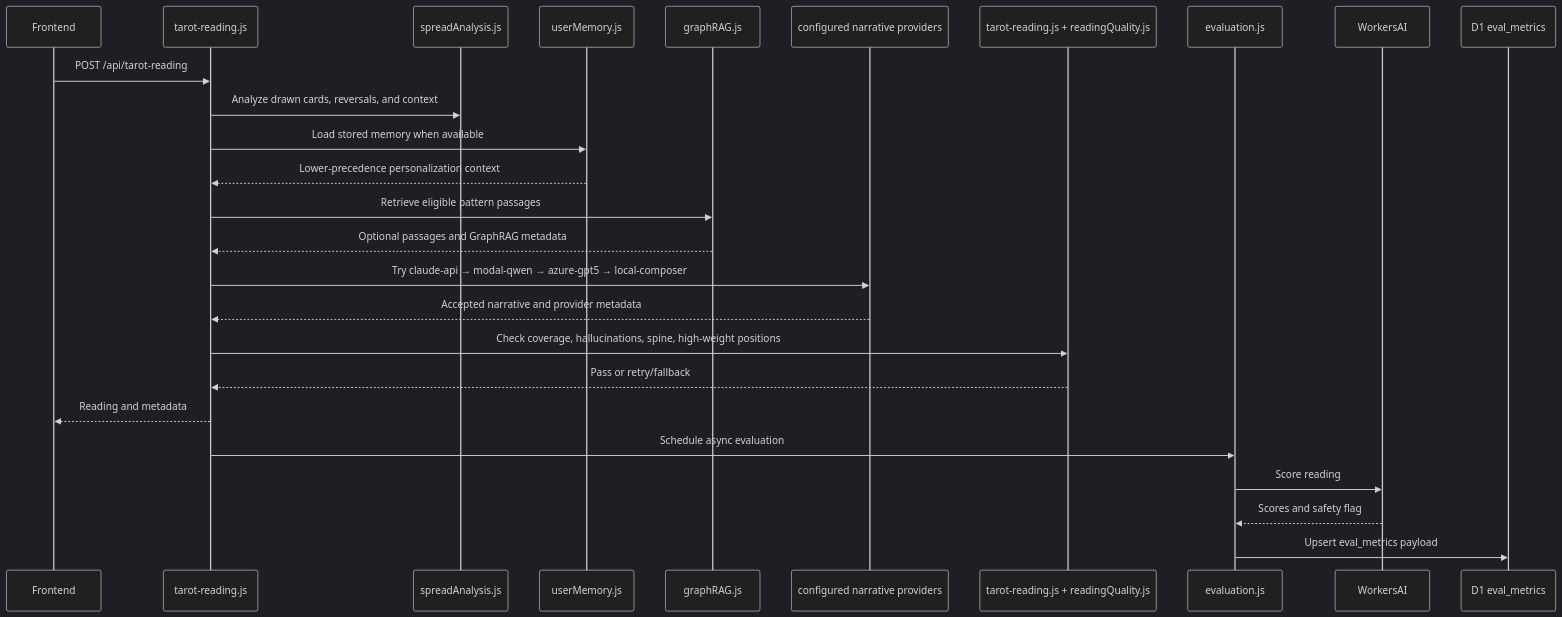
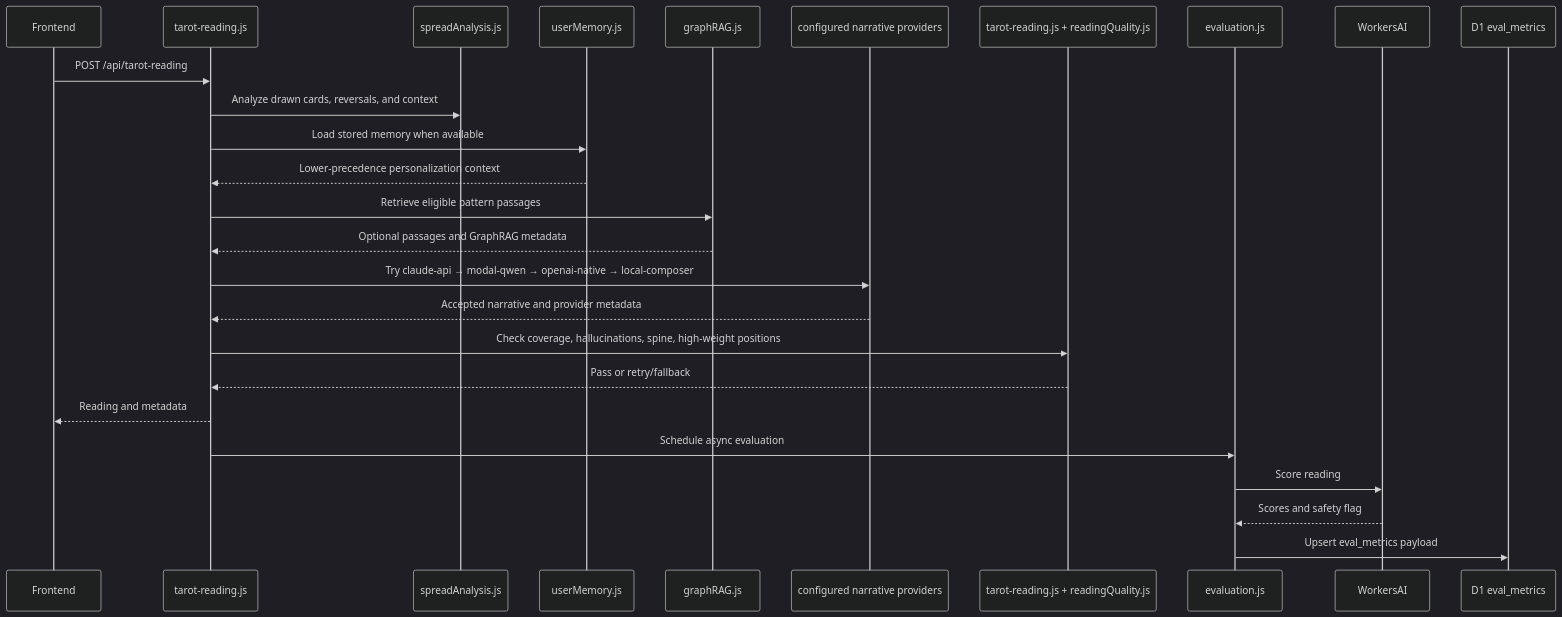
The ninth of 17 diagrams in docs/architecture/full-system-diagrams.md (henryperkins/tarot), drawn with Mermaid (dark theme) before and after one commit. The commit also changed other lines of this file and 36 other files, not shown here.

````diff
--- a/docs/architecture/full-system-diagrams.md
+++ b/docs/architecture/full-system-diagrams.md
@@ -524,29 +518,29 @@
 ```mermaid
 sequenceDiagram
     participant Frontend
     participant ReadingAPI as tarot-reading.js
     participant Analysis as spreadAnalysis.js
     participant Memory as userMemory.js
     participant GraphRAG as graphRAG.js
     participant Provider as configured narrative providers
     participant Gate as tarot-reading.js + readingQuality.js
     participant Evaluation as evaluation.js
     participant WorkersAI
     participant D1 as D1 eval_metrics
 
     Frontend->>ReadingAPI: POST /api/tarot-reading
     ReadingAPI->>Analysis: Analyze drawn cards, reversals, and context
     ReadingAPI->>Memory: Load stored memory when available
     Memory-->>ReadingAPI: Lower-precedence personalization context
     ReadingAPI->>GraphRAG: Retrieve eligible pattern passages
     GraphRAG-->>ReadingAPI: Optional passages and GraphRAG metadata
-    ReadingAPI->>Provider: Try claude-api → modal-qwen → azure-gpt5 → local-composer
+    ReadingAPI->>Provider: Try claude-api → modal-qwen → openai-native → local-composer
     Provider-->>ReadingAPI: Accepted narrative and provider metadata
     ReadingAPI->>Gate: Check coverage, hallucinations, spine, high-weight positions
     Gate-->>ReadingAPI: Pass or retry/fallback
     ReadingAPI-->>Frontend: Reading and metadata
     ReadingAPI->>Evaluation: Schedule async evaluation
     Evaluation->>WorkersAI: Score reading
     WorkersAI-->>Evaluation: Scores and safety flag
     Evaluation->>D1: Upsert eval_metrics payload
 ```
````
